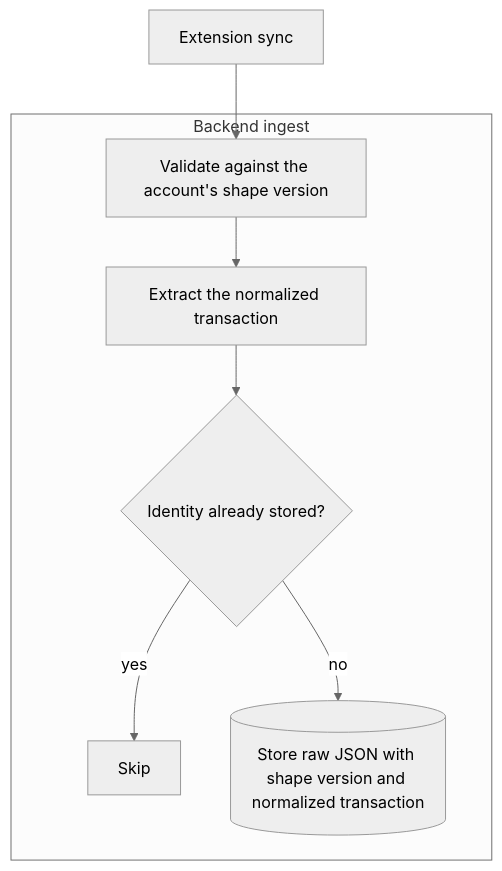
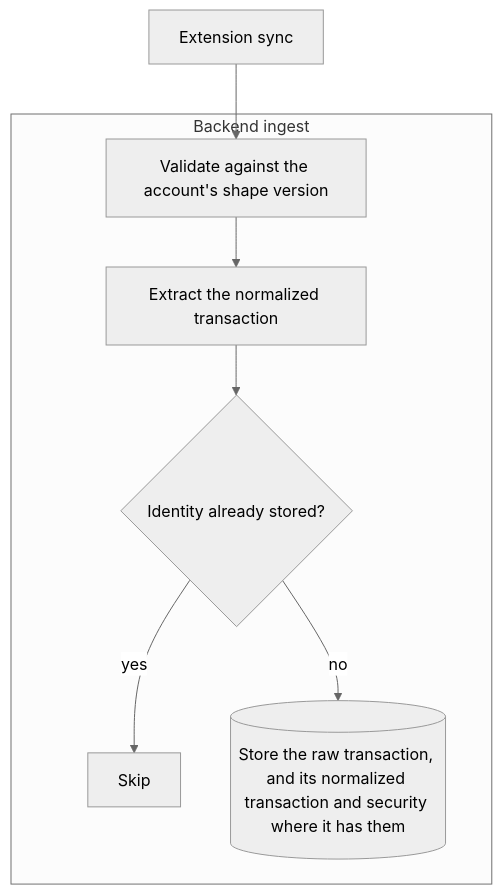
Before and after one commit to lennartmoeller/finance-tracker: the second of 5 diagrams in docs/architecture.md, drawn with Mermaid (neutral theme). The commit also changed other lines of this file and 17 other files, not shown here.

````diff
--- a/docs/architecture.md
+++ b/docs/architecture.md
@@ -67,10 +66,10 @@
 ```mermaid
 flowchart TD
   extsync["Extension sync"] --> validate
   subgraph ingest["Backend ingest"]
     validate["Validate against the account's shape version"] --> extract["Extract the normalized transaction"]
     extract --> known{"Identity already stored?"}
     known -- "yes" --> skip["Skip"]
-    known -- "no" --> store[("Store raw JSON with shape version and normalized transaction")]
+    known -- "no" --> store[("Store the raw transaction, and its normalized transaction and security where it has them")]
   end
 ```
````
